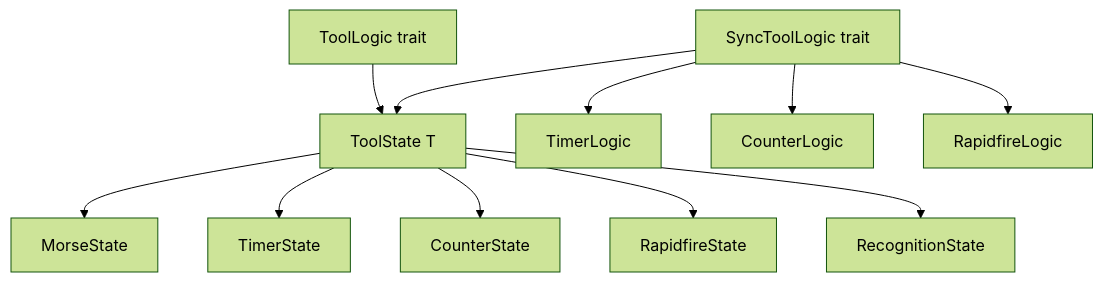
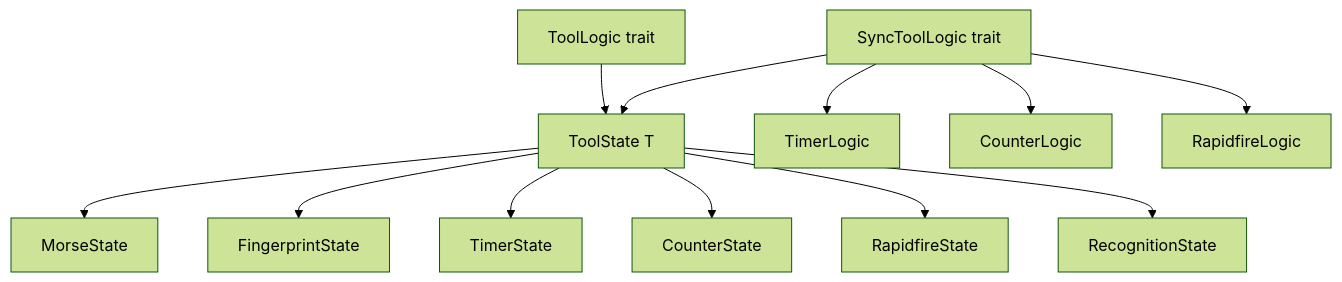
One commit to IZRINO/delta-auto-tools changed the second of 2 diagrams in droid-wiki/overview/architecture.md. Above: the diagram before and after it, drawn with Mermaid (forest theme). The commit also changed other lines of this file and 107 other files, not shown here.

````diff
--- a/droid-wiki/overview/architecture.md
+++ b/droid-wiki/overview/architecture.md
@@ -88,13 +89,14 @@
 ```mermaid
 graph TD
     ToolLogic[ToolLogic trait] --> ToolState[ToolState T]
     ToolState --> MorseState[MorseState]
+    ToolState --> FingerprintState[FingerprintState]
     ToolState --> TimerState[TimerState]
     ToolState --> CounterState[CounterState]
     ToolState --> RapidfireState[RapidfireState]
     ToolState --> RecognitionState[RecognitionState]
     SyncToolLogic[SyncToolLogic trait] --> ToolState
     SyncToolLogic --> TimerLogic
     SyncToolLogic --> CounterLogic
     SyncToolLogic --> RapidfireLogic
 ```
````
